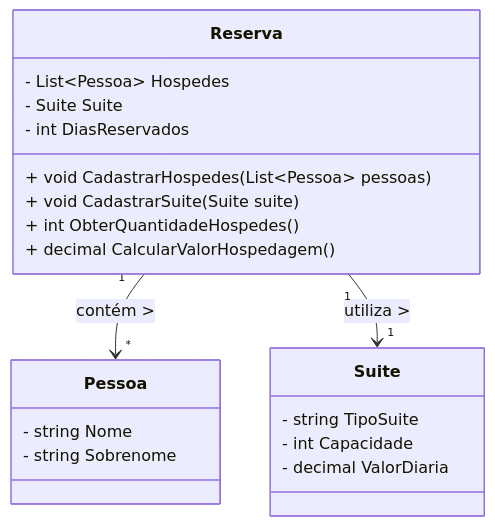
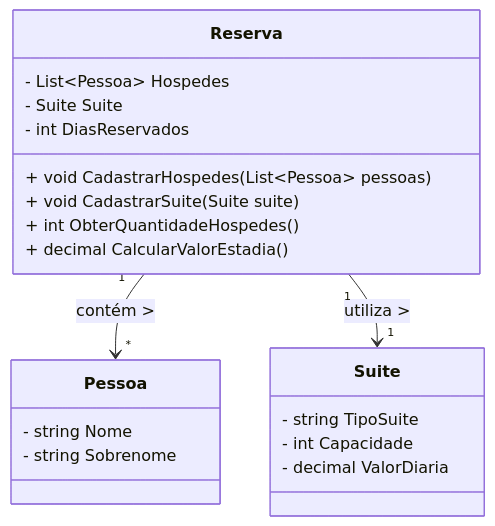
One commit to GabrielGalacci/.NET-CSharp-Projeto-Hospedagem-DIO-BOOTCAMP-End-To-End-Engineering changed the diagram in README.md. Above: the diagram before and after it, drawn with Mermaid. The commit also changed 3 other files, not shown here.

````diff
--- a/README.md
+++ b/README.md
@@ -10,26 +10,26 @@
 ```mermaid
 classDiagram
     class Pessoa {
         - string Nome
         - string Sobrenome
     }
 
     class Suite {
         - string TipoSuite
         - int Capacidade
         - decimal ValorDiaria
     }
 
     class Reserva {
         - List~Pessoa~ Hospedes
         - Suite Suite
         - int DiasReservados
         + void CadastrarHospedes(List~Pessoa~ pessoas)
         + void CadastrarSuite(Suite suite)
         + int ObterQuantidadeHospedes()
-        + decimal CalcularValorHospedagem()
+        + decimal CalcularValorEstadia()
     }
 
     Reserva "1" --> "*" Pessoa : contém >
     Reserva "1" --> "1" Suite : utiliza >
 ```
````
